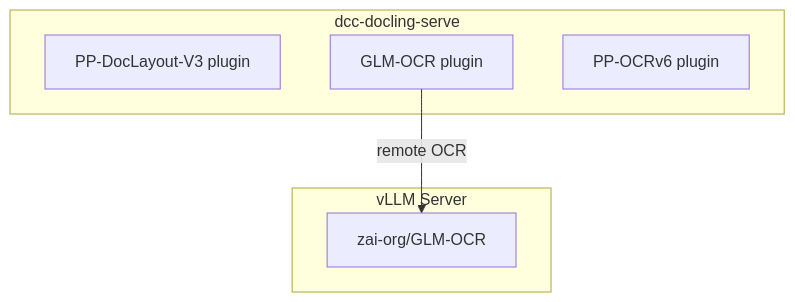
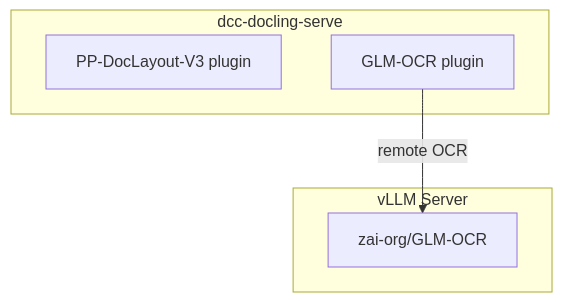
The diagram in README.md (DCC-BS/bentoml-ocr), drawn with Mermaid before and after one commit. The commit also changed other lines of this file and 6 other files, not shown here.

````diff
--- a/README.md
+++ b/README.md
@@ -36,15 +35,13 @@
 ```mermaid
 flowchart TD
     subgraph doclingServe ["dcc-docling-serve"]
         LP["PP-DocLayout-V3 plugin"]
         OP["GLM-OCR plugin"]
-        PP["PP-OCRv6 plugin"]
     end
 
     subgraph vllmServer [vLLM Server]
         GLMOCR["zai-org/GLM-OCR"]
     end
 
     OP -- "remote OCR" --> GLMOCR
-    %% PP runs locally, using RapidOCR / onnxruntime
 ```
````
